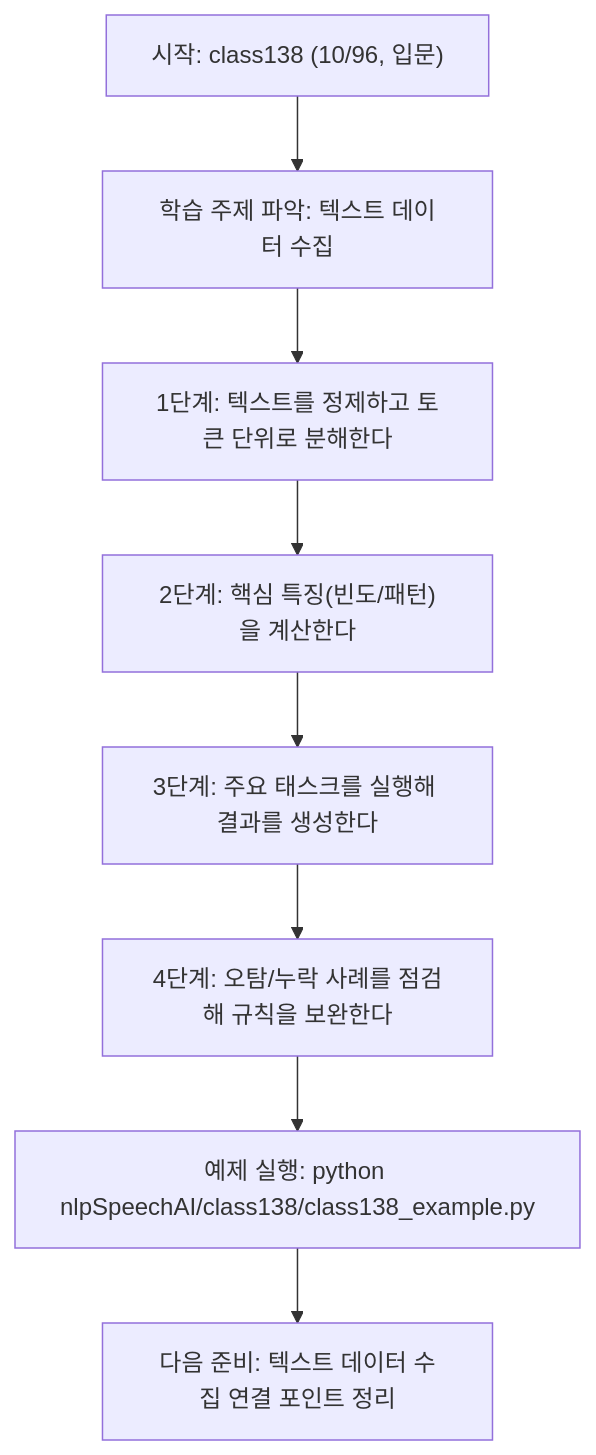
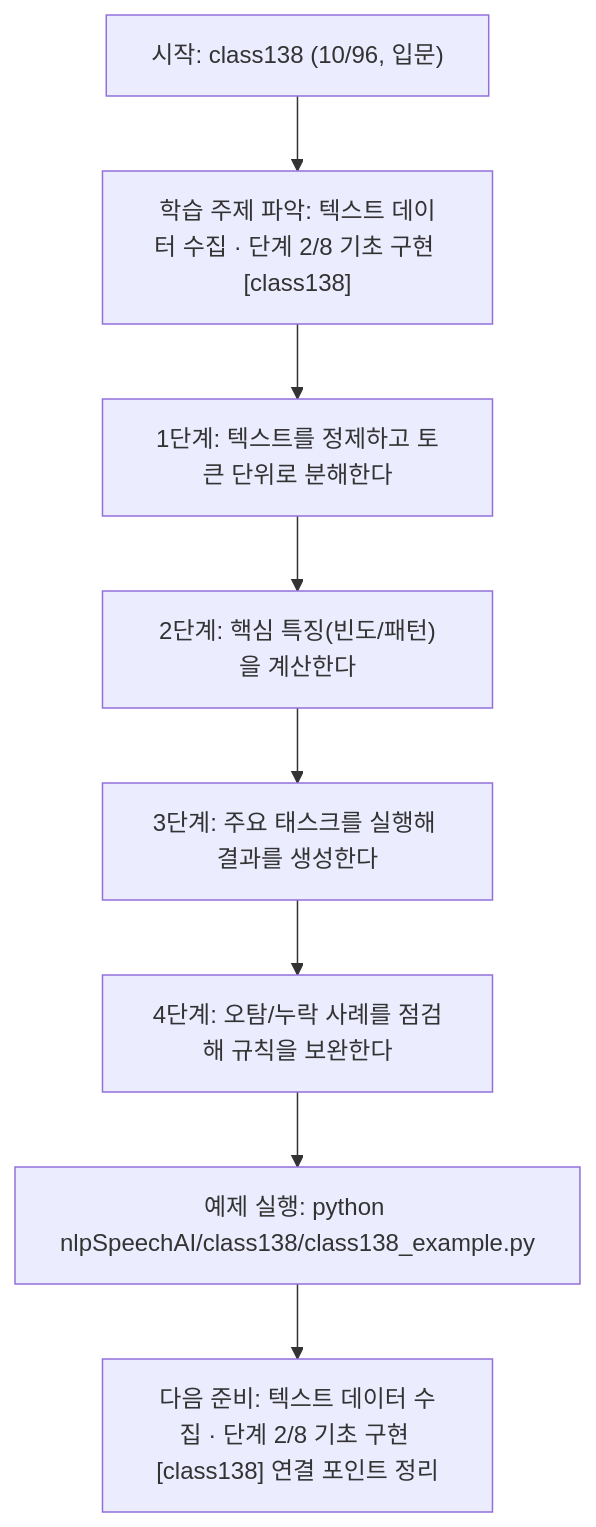
One commit to edumgt/Python-AI_Agent-Class changed the diagram in nlpSpeechAI/class138/class138.md. Above: the diagram before and after it, drawn with Mermaid. The commit also changed other lines of this file and 522 other files, not shown here.

````diff
--- a/nlpSpeechAI/class138/class138.md
+++ b/nlpSpeechAI/class138/class138.md
@@ -113,18 +114,18 @@
 ```mermaid
 flowchart TD
 N1["시작: class138 (10/96, 입문)"]
-N2["학습 주제 파악: 텍스트 데이터 수집"]
+N2["학습 주제 파악: 텍스트 데이터 수집 · 단계 2/8 기초 구현 [class138]"]
 N3["1단계: 텍스트를 정제하고 토큰 단위로 분해한다"]
 N4["2단계: 핵심 특징(빈도/패턴)을 계산한다"]
 N5["3단계: 주요 태스크를 실행해 결과를 생성한다"]
 N6["4단계: 오탐/누락 사례를 점검해 규칙을 보완한다"]
 N7["예제 실행: python nlpSpeechAI/class138/class138_example.py"]
-N8["다음 준비: 텍스트 데이터 수집 연결 포인트 정리"]
+N8["다음 준비: 텍스트 데이터 수집 · 단계 2/8 기초 구현 [class138] 연결 포인트 정리"]
 N1 --> N2
 N2 --> N3
 N3 --> N4
 N4 --> N5
 N5 --> N6
 N6 --> N7
 N7 --> N8
 ```
````
